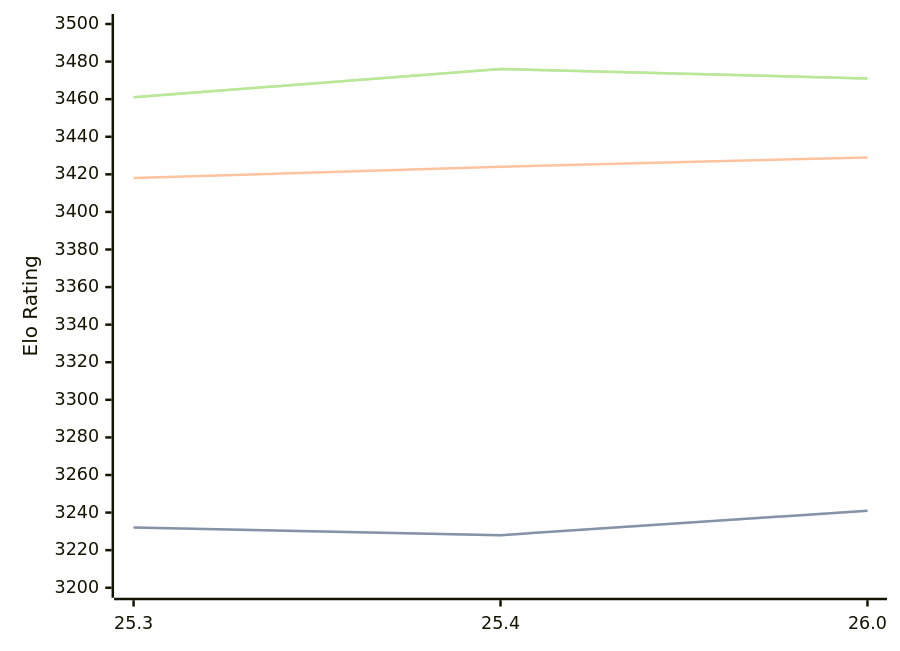
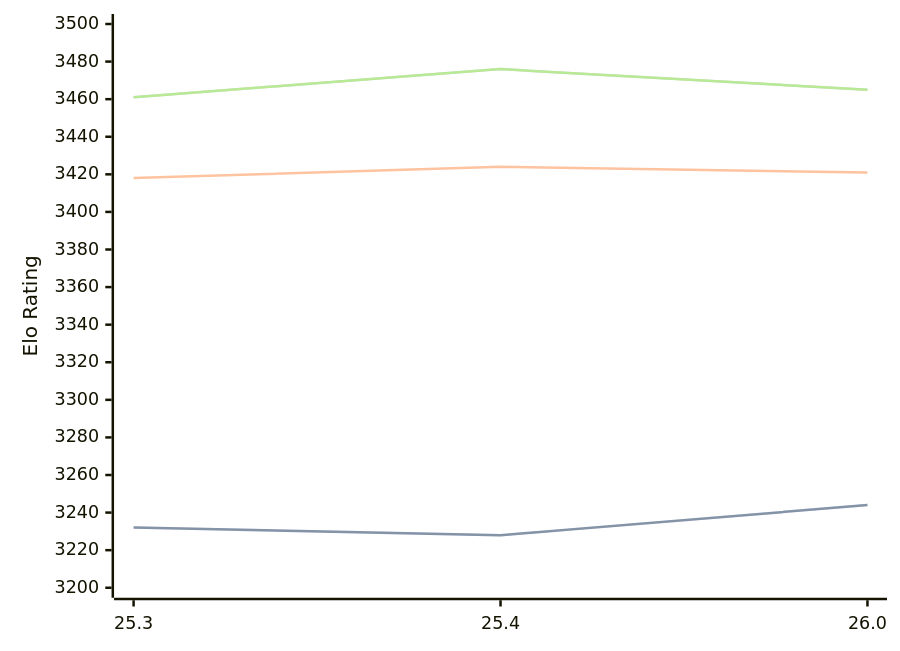
One commit to computer-chess-index/cci changed the diagram in engines/Arasan.md. Above: the diagram before and after it, drawn with Mermaid. The commit also changed other lines of this file, not shown here.

Commit message:
Update CCI Ratings (ELO VLTC) - 2026-07-28

````diff
--- a/engines/Arasan.md
+++ b/engines/Arasan.md
@@ -34,11 +34,11 @@
 ```mermaid
 %%{init: {"theme":"base","themeVariables":{"seriesColors:['#a3a3a3','#222221','#faa371']}}}%%
 xychart-beta
   x-axis ["25.3", "25.4", "26.0"]
   y-axis "Elo Rating" 3200 --> 3500
-  line "STC (8.0+0.08s)" [3232, 3228, 3241]
-  line "STC (8.0+0.08s)" [3232, 3228, 3241]
-  line "LTC (60.0+0.60s)" [3418, 3424, 3429]
-  line "VLTC (2m24s+1.12s)" [3461, 3476, 3471]
-  line "VLTC (2m24s+1.12s)" [3461, 3476, 3471]
+  line "STC (8.0+0.08s)" [3232, 3228, 3244]
+  line "STC (8.0+0.08s)" [3232, 3228, 3244]
+  line "LTC (60.0+0.60s)" [3418, 3424, 3421]
+  line "VLTC (2m24s+1.12s)" [3461, 3476, 3465]
+  line "VLTC (2m24s+1.12s)" [3461, 3476, 3465]
 ```
````
